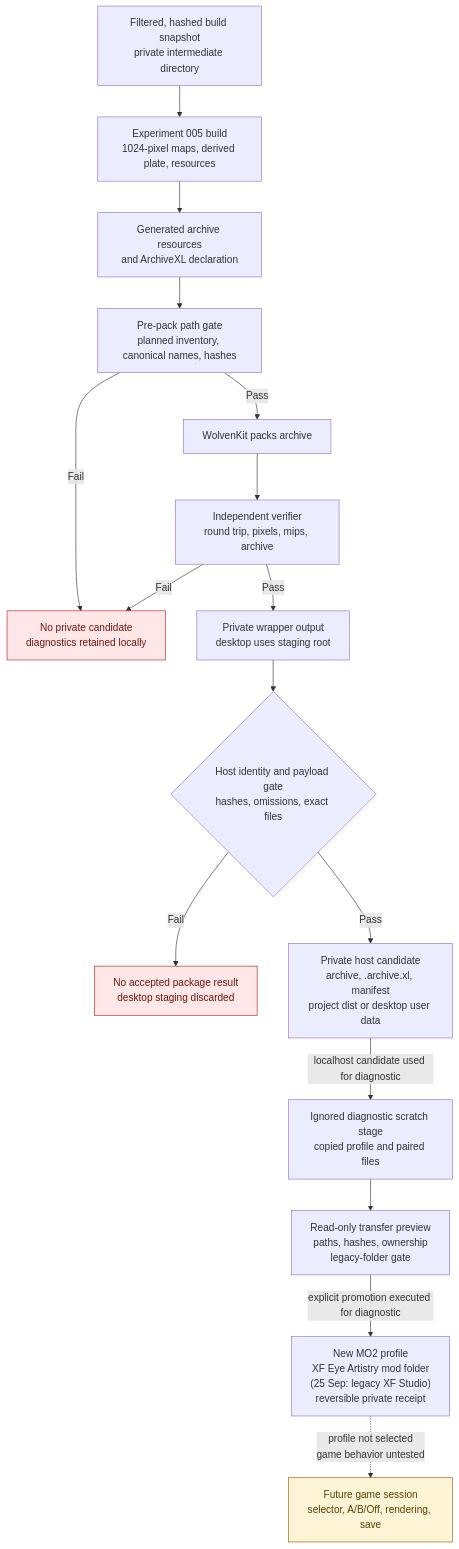
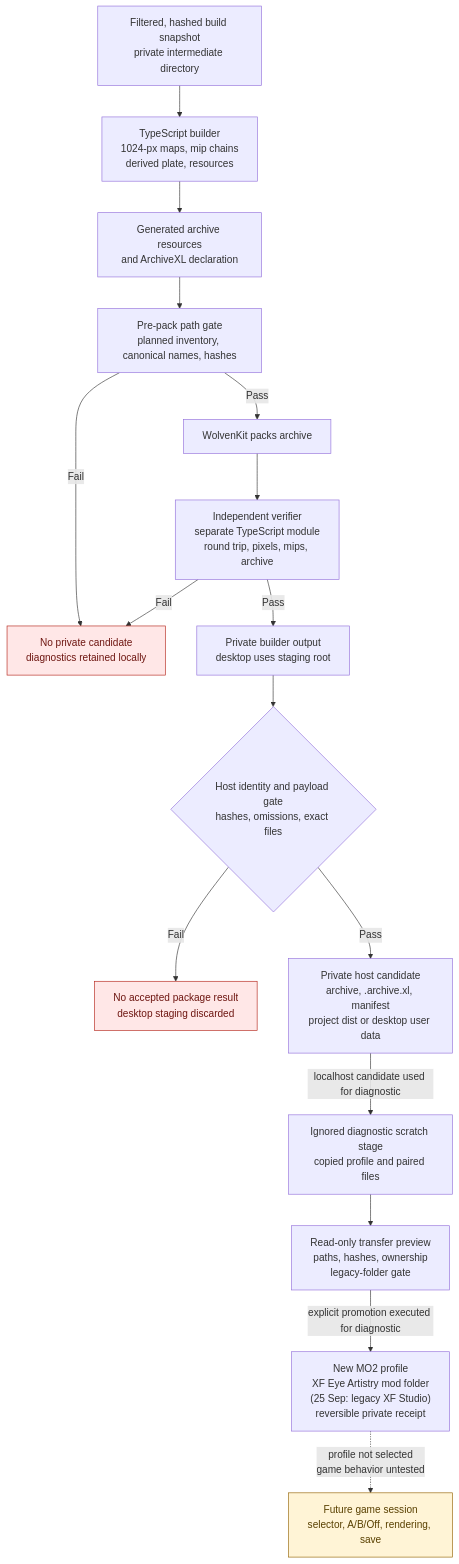
The second of 3 diagrams in research/authoring/studio-to-mod-pipeline.md (axefrog/xf-studio), drawn with Mermaid before and after one commit. The commit also changed other lines of this file and 11 other files, not shown here.

First line of the commit message:
Document the Python-free Build and record its parity with the Python builder

````diff
--- a/research/authoring/studio-to-mod-pipeline.md
+++ b/research/authoring/studio-to-mod-pipeline.md
@@ -48,23 +48,23 @@
 ```mermaid
 flowchart TB
-  snapshot["Filtered, hashed build snapshot<br/>private intermediate directory"] --> bake["Experiment 005 build<br/>1024-pixel maps, derived plate, resources"]
+  snapshot["Filtered, hashed build snapshot<br/>private intermediate directory"] --> bake["TypeScript builder<br/>1024-px maps, mip chains<br/>derived plate, resources"]
   bake --> resources["Generated archive resources<br/>and ArchiveXL declaration"]
   resources --> gate["Pre-pack path gate<br/>planned inventory, canonical names, hashes"]
   gate -- Fail --> stop
   gate -- Pass --> pack["WolvenKit packs archive"]
-  pack --> verifier["Independent verifier<br/>round trip, pixels, mips, archive"]
+  pack --> verifier["Independent verifier<br/>separate TypeScript module<br/>round trip, pixels, mips, archive"]
   verifier -- Fail --> stop["No private candidate<br/>diagnostics retained locally"]
-  verifier -- Pass --> dist["Private wrapper output<br/>desktop uses staging root"]
+  verifier -- Pass --> dist["Private builder output<br/>desktop uses staging root"]
   dist --> resultGate{"Host identity and payload gate<br/>hashes, omissions, exact files"}
   resultGate -- Fail --> unaccepted["No accepted package result<br/>desktop staging discarded"]
   resultGate -- Pass --> candidate["Private host candidate<br/>archive, .archive.xl, manifest<br/>project dist or desktop user data"]
   candidate -- "localhost candidate used for diagnostic" --> scratch["Ignored diagnostic scratch stage<br/>copied profile and paired files"]
   scratch --> preview["Read-only transfer preview<br/>paths, hashes, ownership<br/>legacy-folder gate"]
   preview -- "explicit promotion executed for diagnostic" --> mo2["New MO2 profile<br/>XF Eye Artistry mod folder<br/>(25 Sep: legacy XF Studio)<br/>reversible private receipt"]
   mo2 -. "profile not selected<br/>game behavior untested" .-> runtime["Future game session<br/>selector, A/B/Off, rendering, save"]
 
   classDef blocked fill:#ffe7e7,stroke:#b42318,color:#6e1611;
   classDef pending fill:#fff4d6,stroke:#946200,color:#594000;
   class stop,unaccepted blocked;
   class runtime pending;
 ```
````
